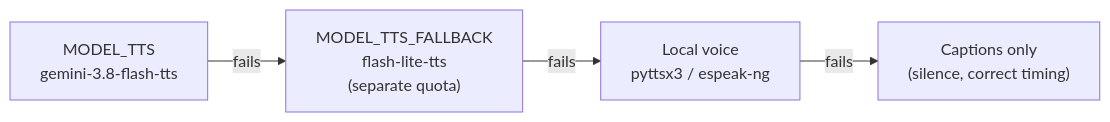
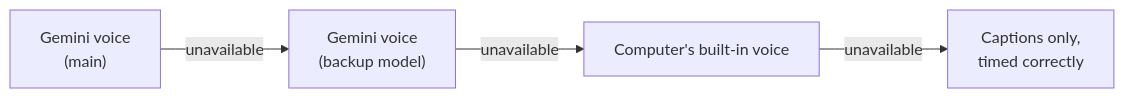
Before and after one commit to Chaitanya674/Recal-AI: the ninth of 19 diagrams in docs/DOCUMENTATION.md, drawn with Mermaid. The commit also changed other lines of this file, not shown here.

````diff
--- a/docs/DOCUMENTATION.md
+++ b/docs/DOCUMENTATION.md
@@ -425,6 +453,6 @@
 ```mermaid
 flowchart LR
-    A["MODEL_TTS<br/>gemini-3.8-flash-tts"] -- "fails" --> B["MODEL_TTS_FALLBACK<br/>flash-lite-tts<br/>(separate quota)"]
-    B -- "fails" --> C["Local voice<br/>pyttsx3 / espeak-ng"]
-    C -- "fails" --> D["Captions only<br/>(silence, correct timing)"]
+    A["Gemini voice<br/>(main)"] -- "unavailable" --> B["Gemini voice<br/>(backup model)"]
+    B -- "unavailable" --> C["Computer's built-in voice"]
+    C -- "unavailable" --> D["Captions only,<br/>timed correctly"]
 ```
````
